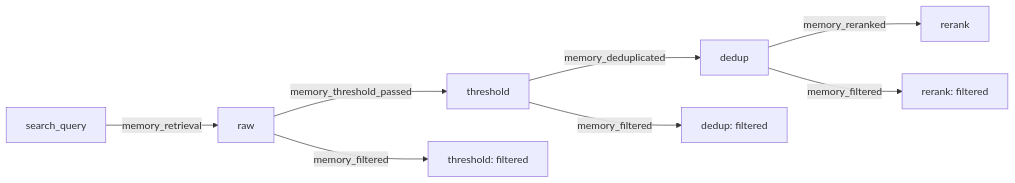
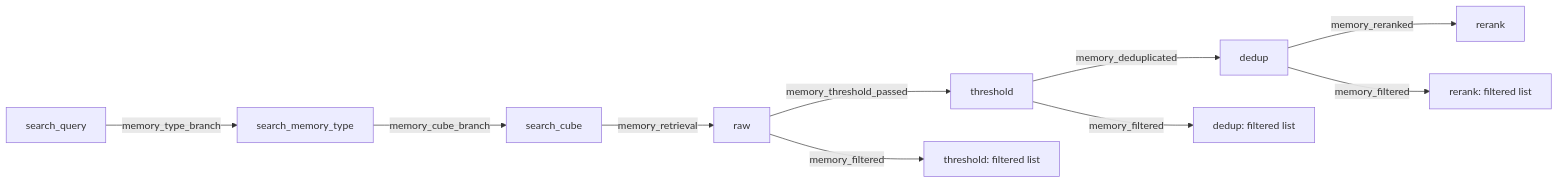
One commit to consultantQ/MemOS changed the third of 3 diagrams in apps/memtrace-memos-integration/memos_smartcomment/CONVENTIONS.md. Above: the diagram before and after it, drawn with Mermaid. The commit also changed other lines of this file and 8 other files, not shown here.

Commit message:
feat: Add a connection between the add trace graph and the search trace graph; Add memory type and memory cube node in search trace graph; Change search memory nodes into a search memory list; Convert each stage of search to a dynamic import.

````diff
--- a/apps/memtrace-memos-integration/memos_smartcomment/CONVENTIONS.md
+++ b/apps/memtrace-memos-integration/memos_smartcomment/CONVENTIONS.md
@@ -292,10 +290,12 @@
 ```mermaid
 flowchart LR
-    Q[search_query] -->|memory_retrieval| R[raw]
+    Q[search_query] -->|memory_type_branch| MT[search_memory_type]
+    MT -->|memory_cube_branch| C[search_cube]
+    C -->|memory_retrieval| R[raw]
     R -->|memory_threshold_passed| T[threshold]
     T -->|memory_deduplicated| D[dedup]
     D -->|memory_reranked| RR[rerank]
-    R -->|memory_filtered| F1[threshold: filtered]
-    T -->|memory_filtered| F2[dedup: filtered]
-    D -->|memory_filtered| F3[rerank: filtered]
+    R -->|memory_filtered| F1[threshold: filtered list]
+    T -->|memory_filtered| F2[dedup: filtered list]
+    D -->|memory_filtered| F3[rerank: filtered list]
 ```
````
